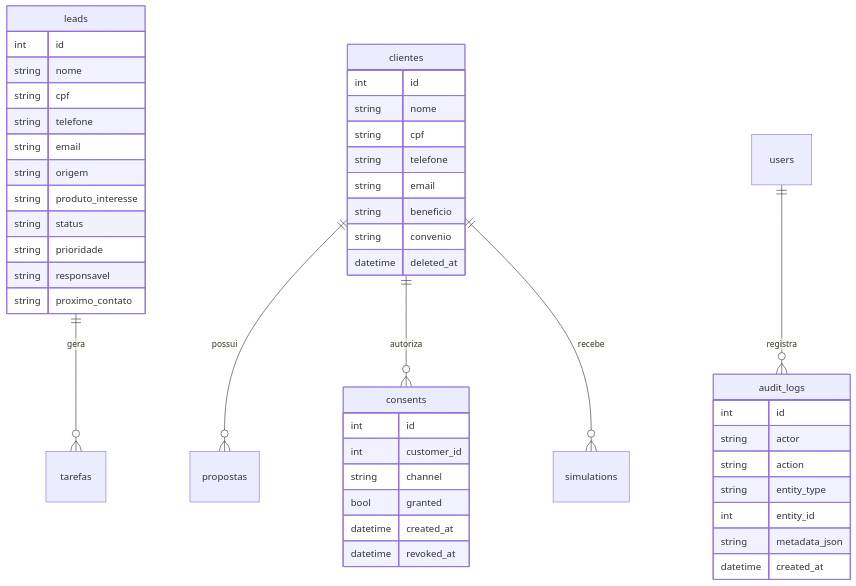
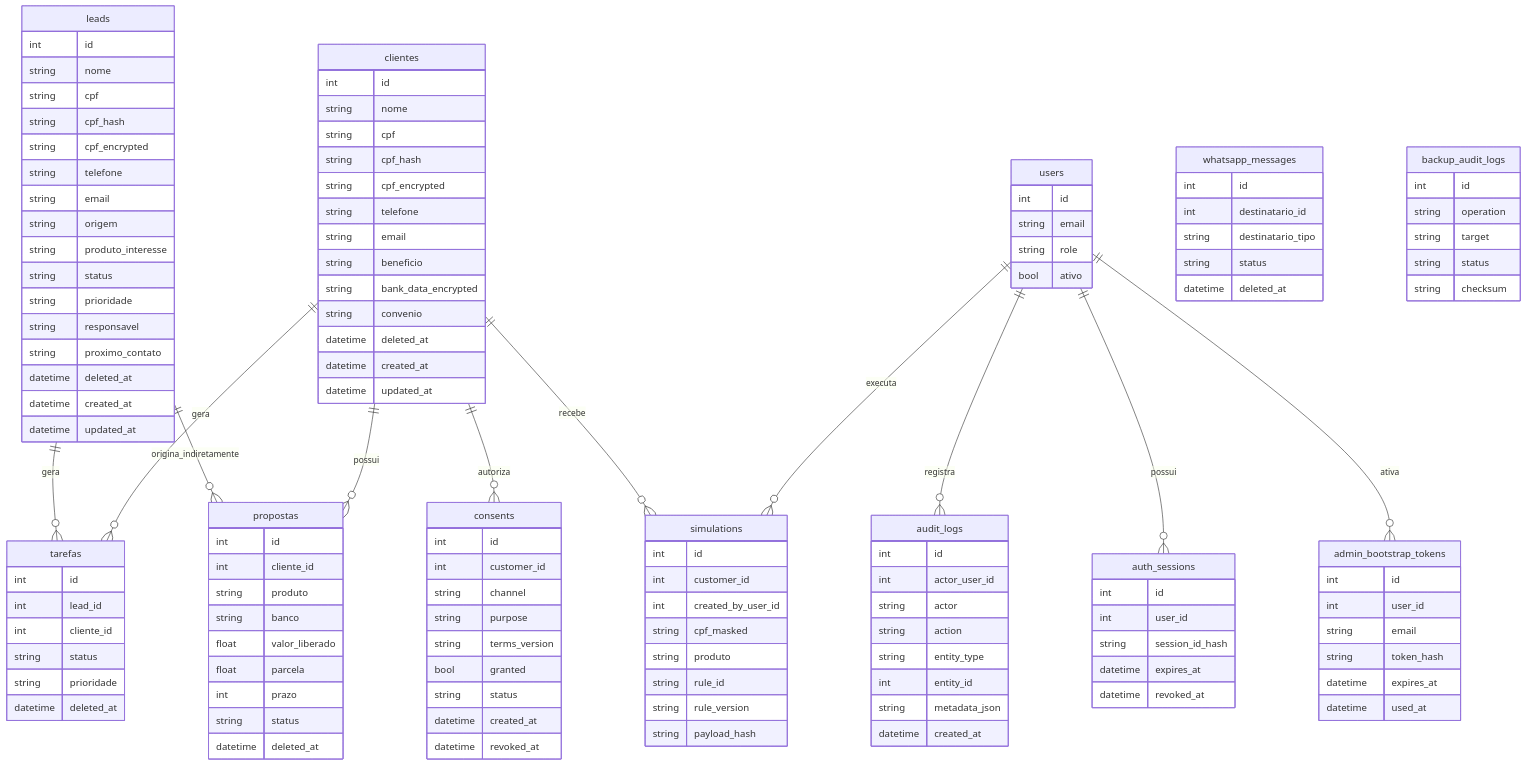
The diagram in docs/DATA-MODEL.md (ms70750-debug/crm), drawn with Mermaid before and after one commit. The commit also changed other lines of this file and 29 other files, not shown here.

````diff
--- a/docs/DATA-MODEL.md
+++ b/docs/DATA-MODEL.md
@@ -153,14 +174,21 @@
 ```mermaid
 erDiagram
   leads ||--o{ tarefas : gera
+  leads ||--o{ propostas : origina_indiretamente
   clientes ||--o{ propostas : possui
+  clientes ||--o{ tarefas : gera
   clientes ||--o{ consents : autoriza
   clientes ||--o{ simulations : recebe
   users ||--o{ audit_logs : registra
+  users ||--o{ auth_sessions : possui
+  users ||--o{ admin_bootstrap_tokens : ativa
+  users ||--o{ simulations : executa
   leads {
     int id
     string nome
     string cpf
+    string cpf_hash
+    string cpf_encrypted
     string telefone
     string email
     string origem
@@ -169,27 +197,96 @@
     string prioridade
     string responsavel
     string proximo_contato
+    datetime deleted_at
+    datetime created_at
+    datetime updated_at
   }
   clientes {
     int id
     string nome
     string cpf
+    string cpf_hash
+    string cpf_encrypted
     string telefone
     string email
     string beneficio
+    string bank_data_encrypted
     string convenio
+    datetime deleted_at
+    datetime created_at
+    datetime updated_at
+  }
+  propostas {
+    int id
+    int cliente_id
+    string produto
+    string banco
+    float valor_liberado
+    float parcela
+    int prazo
+    string status
+    datetime deleted_at
+  }
+  tarefas {
+    int id
+    int lead_id
+    int cliente_id
+    string status
+    string prioridade
+    datetime deleted_at
+  }
+  whatsapp_messages {
+    int id
+    int destinatario_id
+    string destinatario_tipo
+    string status
     datetime deleted_at
   }
   consents {
     int id
     int customer_id
     string channel
+    string purpose
+    string terms_version
     bool granted
+    string status
     datetime created_at
     datetime revoked_at
   }
+  simulations {
+    int id
+    int customer_id
+    int created_by_user_id
+    string cpf_masked
+    string produto
+    string rule_id
+    string rule_version
+    string payload_hash
+  }
+  users {
+    int id
+    string email
+    string role
+    bool ativo
+  }
+  auth_sessions {
+    int id
+    int user_id
+    string session_id_hash
+    datetime expires_at
+    datetime revoked_at
+  }
+  admin_bootstrap_tokens {
+    int id
+    int user_id
+    string email
+    string token_hash
+    datetime expires_at
+    datetime used_at
+  }
   audit_logs {
     int id
+    int actor_user_id
     string actor
     string action
     string entity_type
@@ -197,4 +294,11 @@
     string metadata_json
     datetime created_at
   }
+  backup_audit_logs {
+    int id
+    string operation
+    string target
+    string status
+    string checksum
+  }
 ```
````
